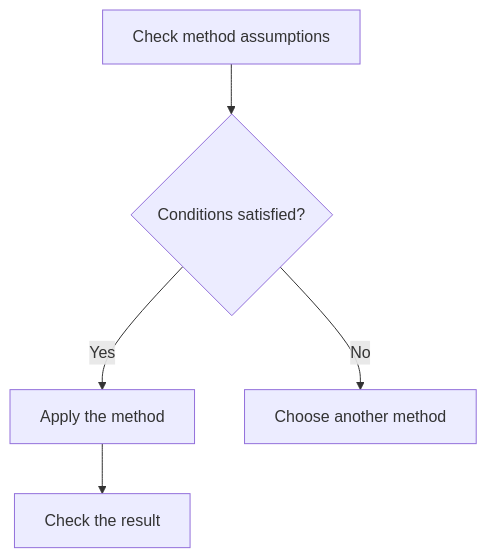
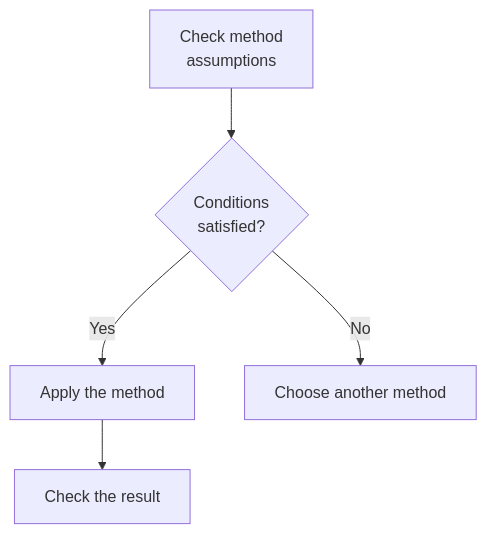
Before and after one commit to szeyu/vibe-study-skills: the diagram in skills/obsidian-notes-creator/references/components/diagrams.md, drawn with Mermaid. The commit also changed other lines of this file and 9 other files, not shown here.

First line of the commit message:
Add note checker script, Mermaid pitfalls, and number provenance rules

````diff
--- a/skills/obsidian-notes-creator/references/components/diagrams.md
+++ b/skills/obsidian-notes-creator/references/components/diagrams.md
@@ -36,7 +38,9 @@
 ```mermaid
 flowchart TD
-    A["Check method assumptions"] --> B{"Conditions satisfied?"}
+    A["`Check method
+    assumptions`"] --> B{"`Conditions
+    satisfied?`"}
     B -->|Yes| C["Apply the method"]
     B -->|No| D["Choose another method"]
     C --> E["Check the result"]
 ```
````
